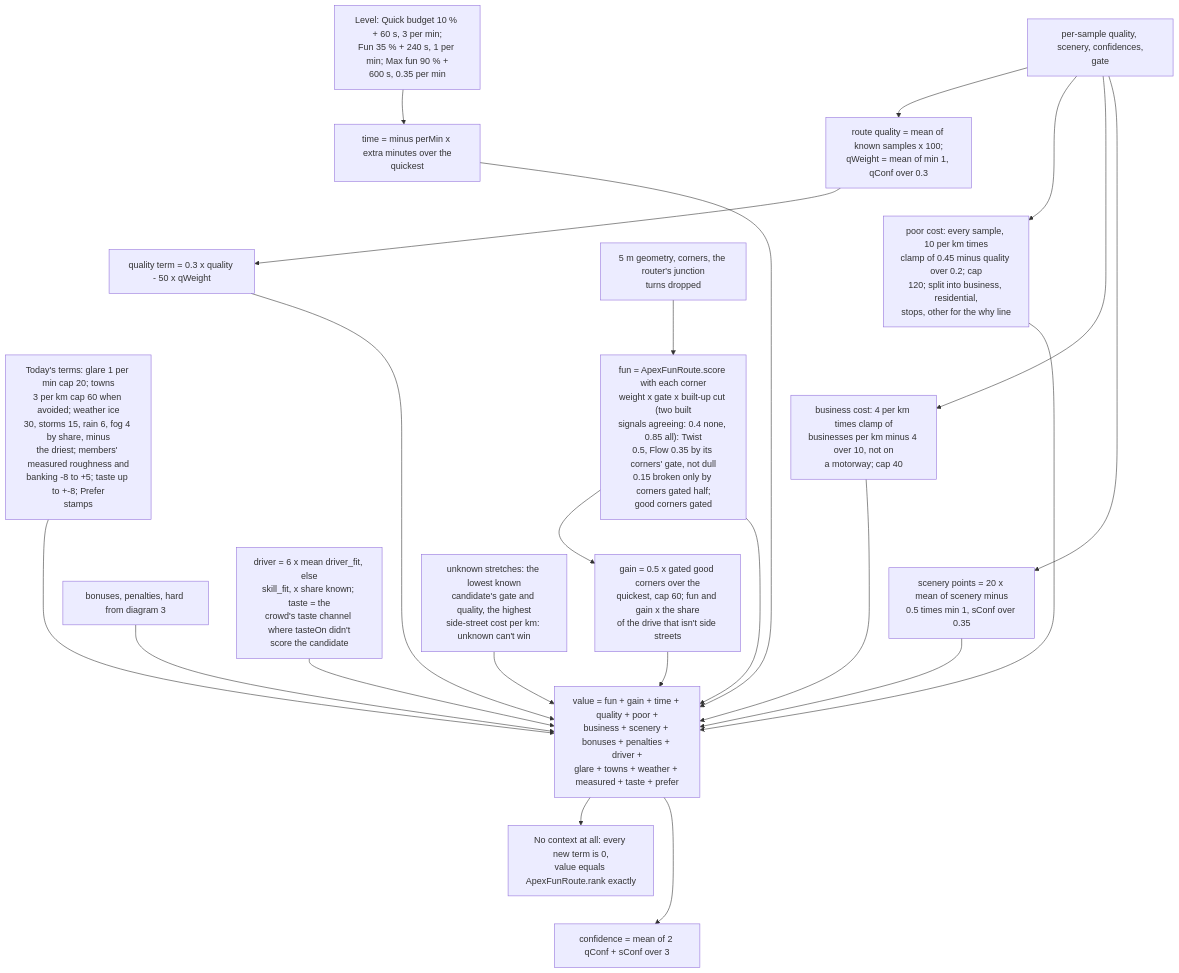
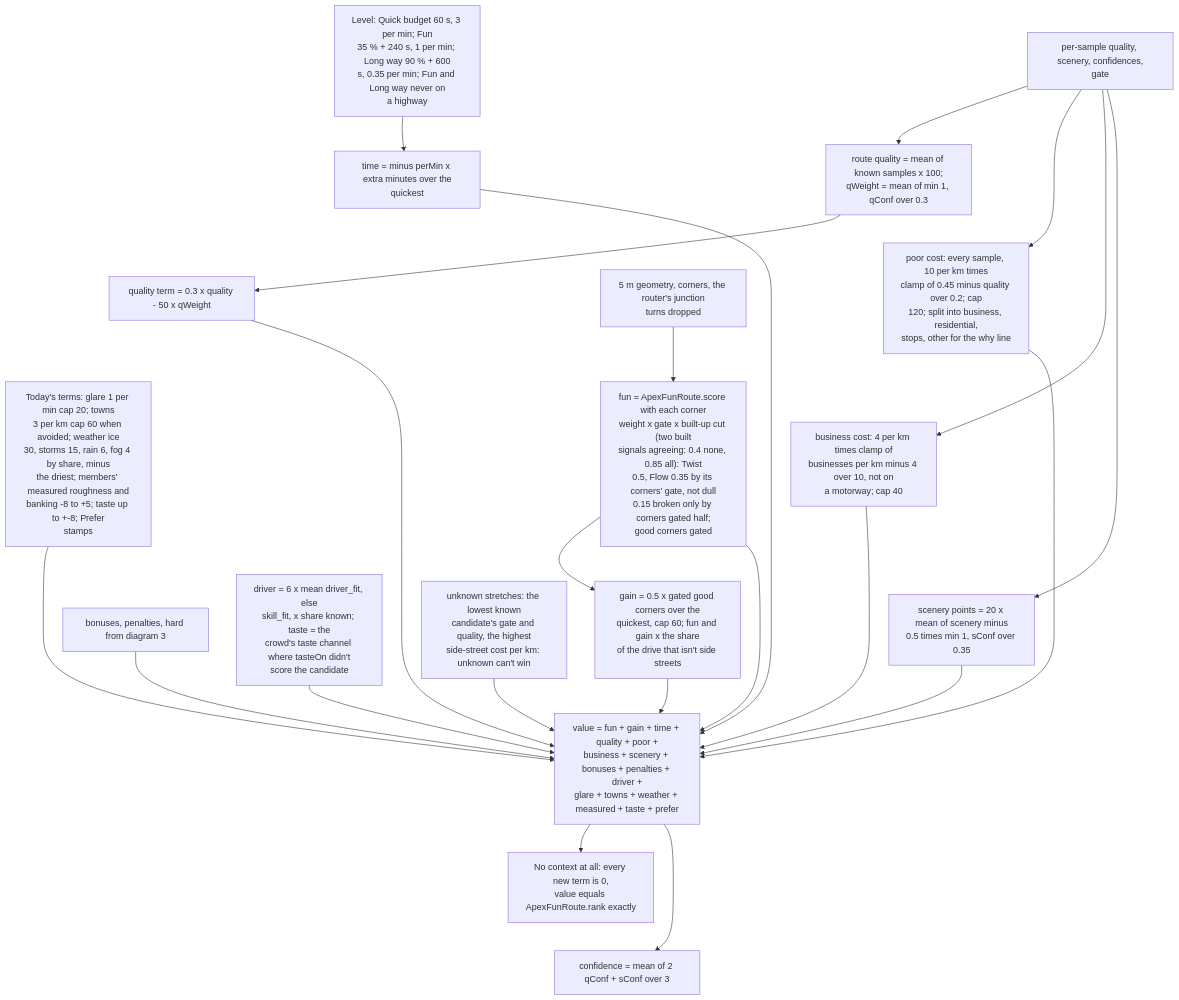
Before and after one commit to Senft5/ApexNav: the fourth of 5 diagrams in docs/ROUTE_ENGINE.md, drawn with Mermaid. The commit also changed other lines of this file and 15 other files, not shown here.

First line of the commit message:
Levels: Quick is the normal route; Fun and Long way never drive a highway

````diff
--- a/docs/ROUTE_ENGINE.md
+++ b/docs/ROUTE_ENGINE.md
@@ -124,22 +124,22 @@
 ```mermaid
 flowchart TD
   SAMP["per-sample quality, scenery, confidences,<br>gate"] --> QR["route quality = mean of known samples x 100;<br>qWeight = mean of min 1, qConf over 0.3"]
   SAMP --> POOR["poor cost: every sample, 10 per km times<br>clamp of 0.45 minus quality over 0.2; cap<br>120; split into business, residential,<br>stops, other for the why line"]
   SAMP --> BIZ["business cost: 4 per km times clamp of<br>businesses per km minus 4 over 10, not on<br>a motorway; cap 40"]
   SAMP --> SCN["scenery points = 20 x mean of scenery minus<br>0.5 times min 1, sConf over 0.35"]
   GEO["5 m geometry, corners, the router's junction<br>turns dropped"] --> FUN["fun = ApexFunRoute.score with each corner<br>weight x gate x built-up cut (two built<br>signals agreeing: 0.4 none, 0.85 all): Twist<br>0.5, Flow 0.35 by its corners' gate, not dull<br>0.15 broken only by corners gated half;<br>good corners gated"]
   FUN --> GAIN["gain = 0.5 x gated good corners over the<br>quickest, cap 60; fun and gain x the share<br>of the drive that isn't side streets"]
-  LVL["Level: Quick budget 10 % + 60 s, 3 per min;<br>Fun 35 % + 240 s, 1 per min; Max fun 90 % +<br>600 s, 0.35 per min"] --> TIME["time = minus perMin x extra minutes over the<br>quickest"]
+  LVL["Level: Quick budget 60 s, 3 per min; Fun<br>35 % + 240 s, 1 per min; Long way 90 % + 600<br>s, 0.35 per min; Fun and Long way never on<br>a highway"] --> TIME["time = minus perMin x extra minutes over the<br>quickest"]
   QR --> QT["quality term = 0.3 x quality - 50 x qWeight"]
   DRV["driver = 6 x mean driver_fit, else<br>skill_fit, x share known; taste = the<br>crowd's taste channel where tasteOn didn't<br>score the candidate"] --> V
   OLD["Today's terms: glare 1 per min cap 20; towns<br>3 per km cap 60 when avoided; weather ice<br>30, storms 15, rain 6, fog 4 by share, minus<br>the driest; members' measured roughness and<br>banking -8 to +5; taste up to +-8; Prefer<br>stamps"] --> V
   QR ~~~ POOR ~~~ BIZ ~~~ SCN
   FUN ~~~ GAIN
   LVL ~~~ TIME ~~~ QT ~~~ OLD ~~~ BP
   FUN & GAIN & TIME & QT & POOR & BIZ & SCN --> V["value = fun + gain + time + quality + poor +<br>business + scenery + bonuses + penalties + driver +<br>glare + towns + weather + measured + taste + prefer"]
   BP["bonuses, penalties, hard from diagram 3"] --> V
   UNK["unknown stretches: the lowest known<br>candidate's gate and quality, the highest<br>side-street cost per km: unknown can't win"] --> V
   V --> NOCTX["No context at all: every new term is 0,<br>value equals ApexFunRoute.rank exactly"]
   NOCTX ~~~ CONF
   V --> CONF["confidence = mean of 2 qConf + sConf over 3"]
 ```
````
